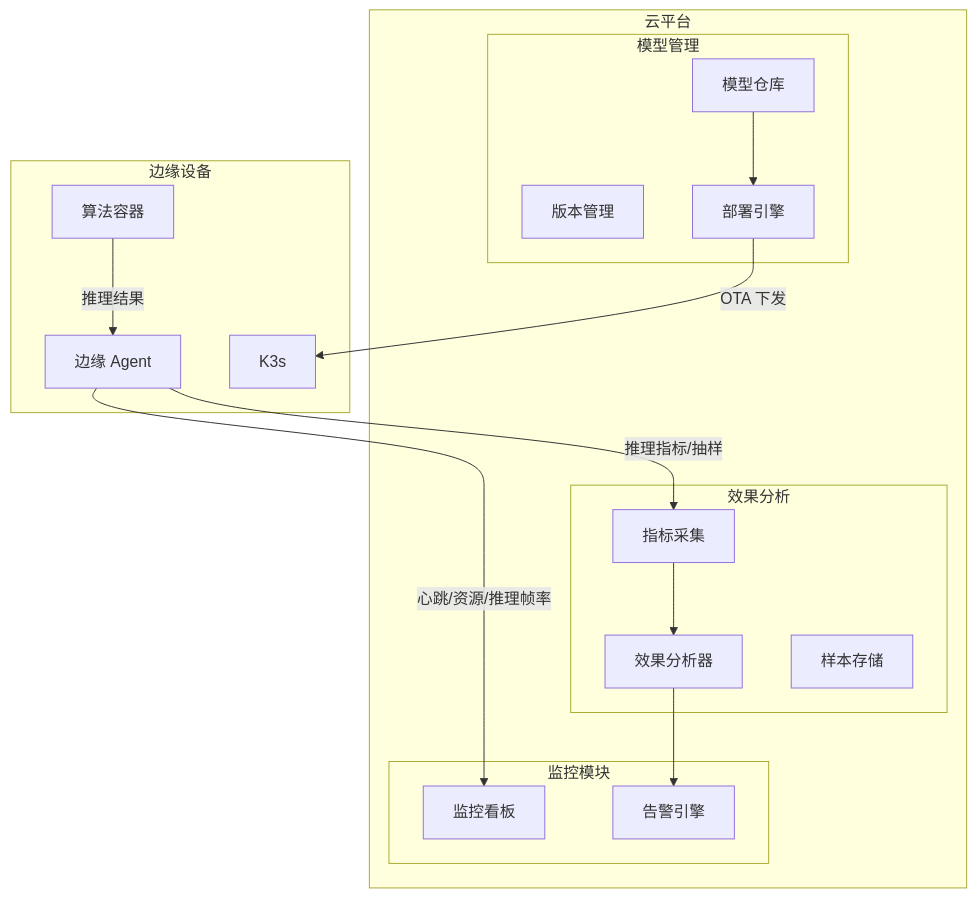
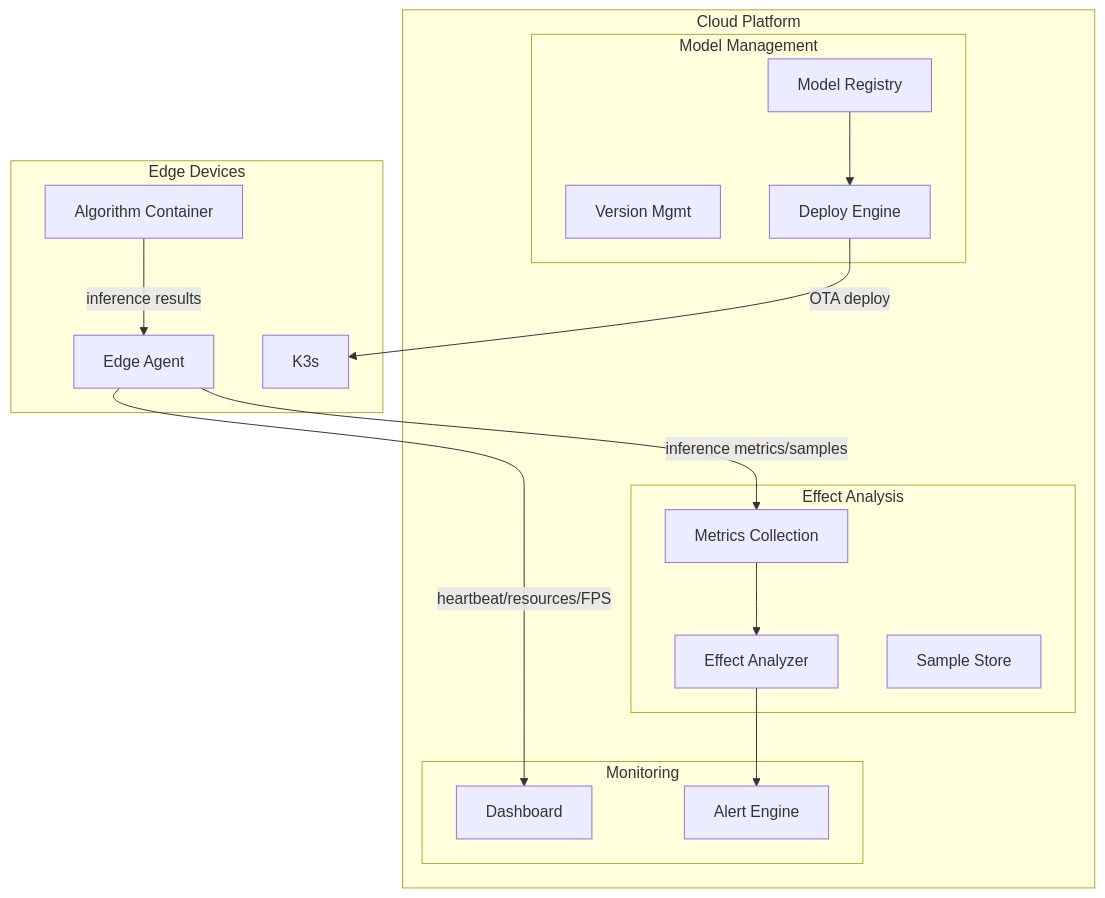
Before and after one commit to JeffRen1977/smartCamera: the first of 4 diagrams in docs/architecture/07_cloud_platform.md, drawn with Mermaid. The commit also changed other lines of this file and 36 other files, not shown here.

````diff
--- a/docs/architecture/07_cloud_platform.md
+++ b/docs/architecture/07_cloud_platform.md
@@ -19,33 +19,33 @@
 ```mermaid
 flowchart TB
-    subgraph Cloud [云平台]
-        subgraph Monitor [监控模块]
-            Dashboard[监控看板]
-            Alert[告警引擎]
+    subgraph Cloud [Cloud Platform]
+        subgraph Monitor [Monitoring]
+            Dashboard[Dashboard]
+            Alert[Alert Engine]
         end
-        subgraph ModelMgmt [模型管理]
-            Registry[模型仓库]
-            Version[版本管理]
-            DeployEngine[部署引擎]
+        subgraph ModelMgmt [Model Management]
+            Registry[Model Registry]
+            Version[Version Mgmt]
+            DeployEngine[Deploy Engine]
         end
-        subgraph Effect [效果分析]
-            Metrics[指标采集]
-            Analyzer[效果分析器]
-            SampleStore[样本存储]
+        subgraph Effect [Effect Analysis]
+            Metrics[Metrics Collection]
+            Analyzer[Effect Analyzer]
+            SampleStore[Sample Store]
         end
     end
 
-    subgraph Edge [边缘设备]
-        Agent[边缘 Agent]
+    subgraph Edge [Edge Devices]
+        Agent[Edge Agent]
         K3s[K3s]
-        Container[算法容器]
+        Container[Algorithm Container]
     end
 
-    Agent -->|心跳/资源/推理帧率| Dashboard
-    Agent -->|推理指标/抽样| Metrics
-    Container -->|推理结果| Agent
-    DeployEngine -->|OTA 下发| K3s
+    Agent -->|heartbeat/resources/FPS| Dashboard
+    Agent -->|inference metrics/samples| Metrics
+    Container -->|inference results| Agent
+    DeployEngine -->|OTA deploy| K3s
     Registry --> DeployEngine
     Metrics --> Analyzer
     Analyzer --> Alert
 ```
````
